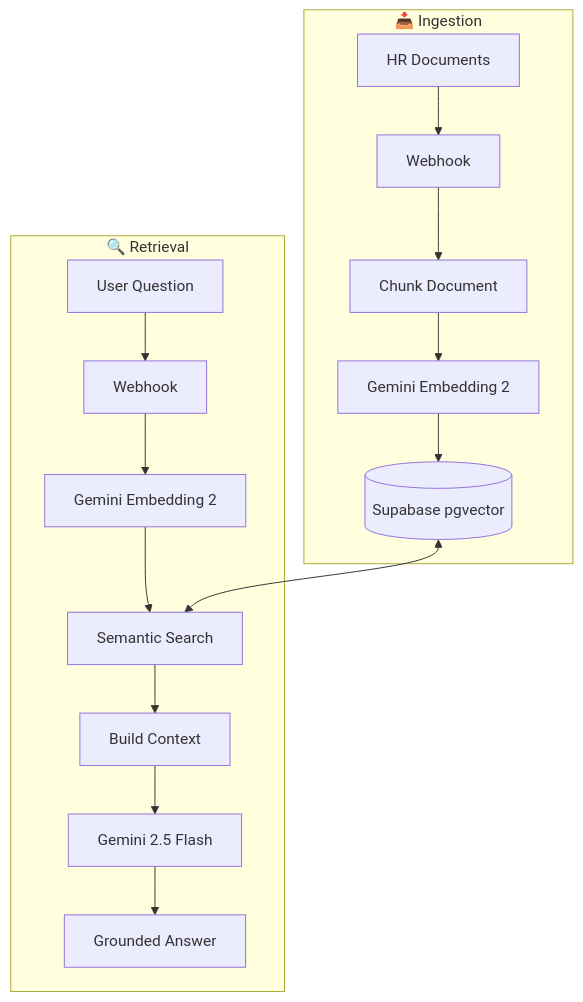
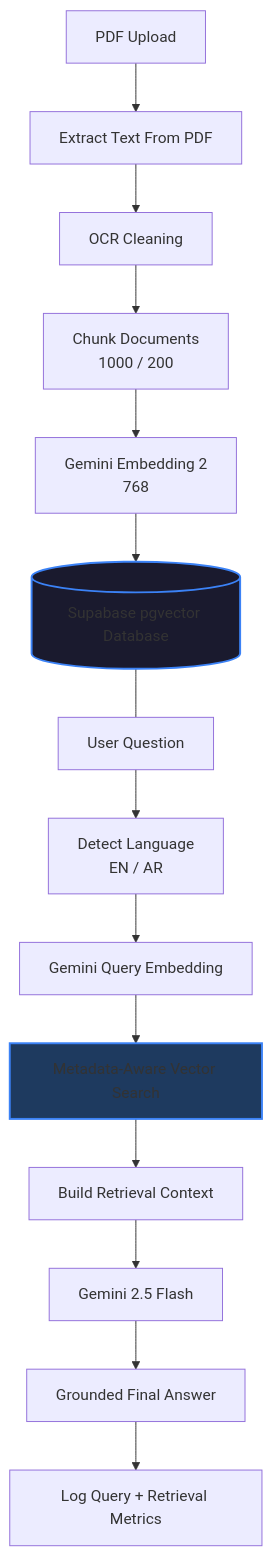
One commit to Toqeer-Ahmad-ops/enterprise-rag-api-bilingual-hr-assistant- changed the diagram in README.md. Above: the diagram before and after it, drawn with Mermaid. The commit also changed other lines of this file, not shown here.

````diff
--- a/README.md
+++ b/README.md
@@ -63,10 +63,9 @@
 ```mermaid
 flowchart TD
-    subgraph Ingestion["📥 Ingestion"]
-        A[HR Documents] --> B[Webhook] --> C[Chunk Document] --> D[Gemini Embedding 2] --> E[(Supabase pgvector)]
-    end
-    subgraph Retrieval["🔍 Retrieval"]
-        F[User Question] --> G[Webhook] --> H[Gemini Embedding 2] --> I[Semantic Search] --> J[Build Context] --> K[Gemini 2.5 Flash] --> L[Grounded Answer]
-    end
-    E <--> I
+    A[PDF Upload] --> B[Extract Text From PDF] --> C[OCR Cleaning] --> D[Chunk Documents<br/>1000 / 200] --> E[Gemini Embedding 2<br/>768] --> F[(Supabase pgvector Database)]
+    F --- G[User Question]
+    G --> H[Detect Language<br/>EN / AR] --> I[Gemini Query Embedding] --> J[Metadata-Aware Vector Search] --> K[Build Retrieval Context] --> L[Gemini 2.5 Flash] --> M[Grounded Final Answer] --> N[Log Query + Retrieval Metrics]
+
+    style F fill:#1a1a2e,stroke:#3b82f6,stroke-width:2px
+    style J fill:#1e3a5f,stroke:#3b82f6,stroke-width:2px
 ```
````
